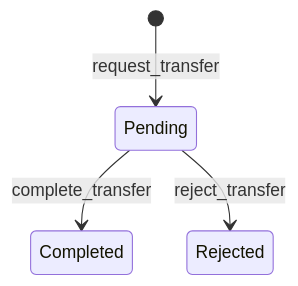
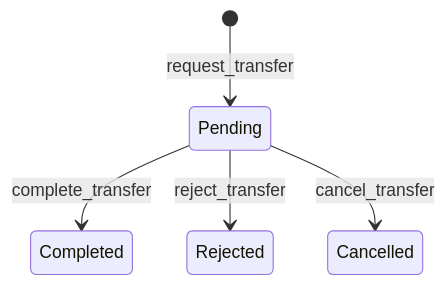
Before and after one commit to abrahamthompson46-alt/churchhub: the first of 2 diagrams in docs/MODULE_SPECIFICATIONS/MEMBERS/members_spec.md, drawn with Mermaid. The commit also changed other lines of this file and 14 other files, not shown here.

````diff
--- a/docs/MODULE_SPECIFICATIONS/MEMBERS/members_spec.md
+++ b/docs/MODULE_SPECIFICATIONS/MEMBERS/members_spec.md
@@ -208,6 +208,7 @@
 ```mermaid
 stateDiagram-v2
   [*] --> Pending: request_transfer
   Pending --> Completed: complete_transfer
   Pending --> Rejected: reject_transfer
+  Pending --> Cancelled: cancel_transfer
 ```
````
